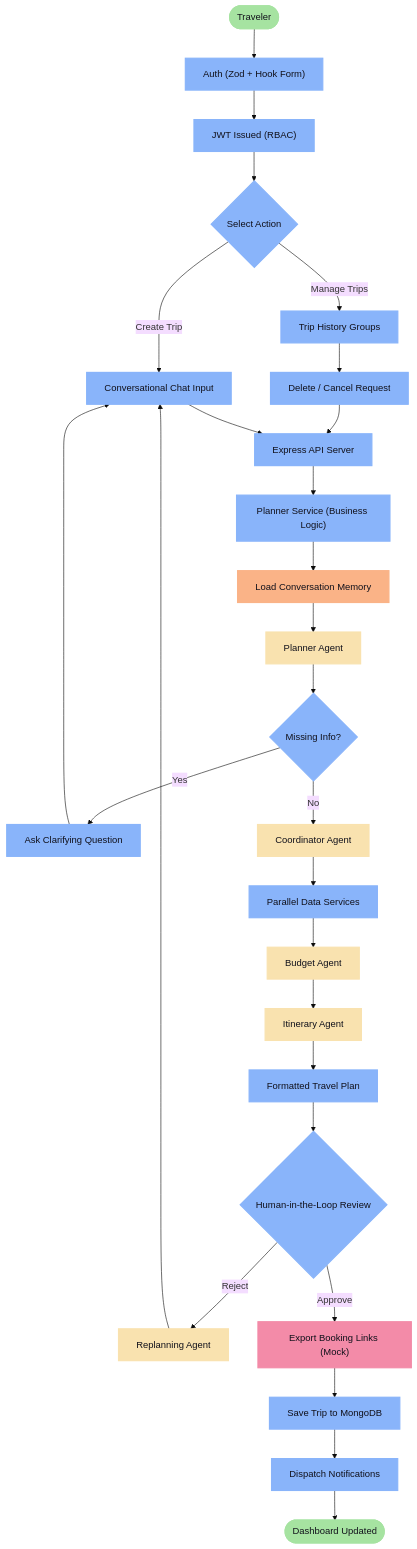
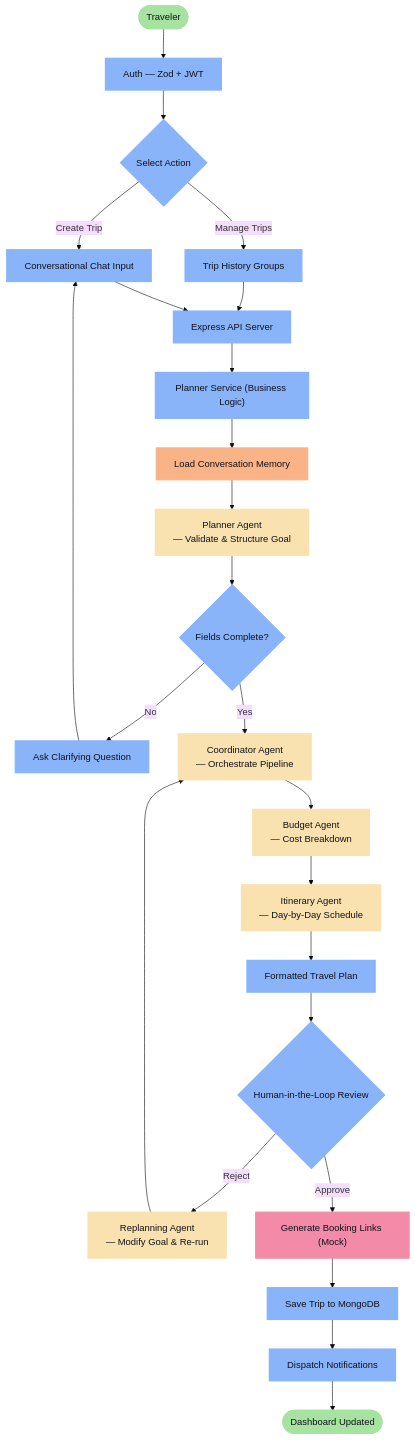
One commit to Dhayananth1511/AI-Travel-Planner_CapStoneProject_Presidio_InternShip changed the first of 5 diagrams in README.md. Above: the diagram before and after it, drawn with Mermaid (base theme). The commit also changed other lines of this file, not shown here.

Commit message:
Flow chart updated

````diff
--- a/README.md
+++ b/README.md
@@ -80,42 +166,38 @@
 ```mermaid
 graph TD
     classDef startEnd fill:#a6e3a1,stroke:#a6e3a1,stroke-width:2px,color:#11111b;
     classDef process fill:#89b4fa,stroke:#89b4fa,stroke-width:2px,color:#11111b;
     classDef agent fill:#f9e2af,stroke:#f9e2af,stroke-width:2px,color:#11111b;
     classDef cache fill:#fab387,stroke:#fab387,stroke-width:2px,color:#11111b;
     classDef mock fill:#f38ba8,stroke:#f38ba8,stroke-width:2px,color:#11111b;
 
-    Traveler([Traveler]):::startEnd --> Auth["Auth (Zod + Hook Form)"]:::process
-    Auth --> JWTIssue["JWT Issued (RBAC)"]:::process
-    JWTIssue --> Dashboard{"Select Action"}:::process
+    Traveler([Traveler]):::startEnd --> Auth["Auth — Zod + JWT"]:::process
+    Auth --> Dashboard{"Select Action"}:::process
 
     Dashboard -->|Create Trip| Chat["Conversational Chat Input"]:::process
     Dashboard -->|Manage Trips| History["Trip History Groups"]:::process
-
-    History --> DeleteReq["Delete / Cancel Request"]:::process
-    DeleteReq --> API["Express API Server"]:::process
+    History --> API["Express API Server"]:::process
 
     Chat --> API
     API --> PlannerService["Planner Service (Business Logic)"]:::process
     PlannerService --> LoadMem["Load Conversation Memory"]:::cache
-    LoadMem --> PlannerAgent["Planner Agent"]:::agent
+    LoadMem --> PlannerAgent["Planner Agent\n— Validate & Structure Goal"]:::agent
 
-    PlannerAgent --> MissingCheck{"Missing Info?"}:::process
-    MissingCheck -->|Yes| Clarify["Ask Clarifying Question"]:::process
+    PlannerAgent --> MissingCheck{"Fields Complete?"}:::process
+    MissingCheck -->|No| Clarify["Ask Clarifying Question"]:::process
     Clarify --> Chat
-    MissingCheck -->|No| Coordinator["Coordinator Agent"]:::agent
+    MissingCheck -->|Yes| Coordinator["Coordinator Agent\n— Orchestrate Pipeline"]:::agent
 
-    Coordinator --> DataGather["Parallel Data Services"]:::process
-    DataGather --> BudgetAgent["Budget Agent"]:::agent
-    BudgetAgent --> ItinAgent["Itinerary Agent"]:::agent
-    ItinAgent --> FormattedPlan["Formatted Travel Plan"]:::process
+    Coordinator --> BudgetAgent["Budget Agent\n— Cost Breakdown"]:::agent
+    BudgetAgent --> ItinAgent["Itinerary Agent\n— Day-by-Day Schedule"]:::agent
+    ItinAgent --> FinalPlan["Formatted Travel Plan"]:::process
 
-    FormattedPlan --> HITL{"Human-in-the-Loop Review"}:::process
-    HITL -->|Reject| ReplanAgent["Replanning Agent"]:::agent
-    ReplanAgent --> Chat
+    FinalPlan --> HITL{"Human-in-the-Loop Review"}:::process
+    HITL -->|Reject| ReplanAgent["Replanning Agent\n— Modify Goal & Re-run"]:::agent
+    ReplanAgent --> Coordinator
 
-    HITL -->|Approve| MockBooking["Export Booking Links (Mock)"]:::mock
-    MockBooking --> SaveDB["Save Trip to MongoDB"]:::process
+    HITL -->|Approve| BookLinks["Generate Booking Links (Mock)"]:::mock
+    BookLinks --> SaveDB["Save Trip to MongoDB"]:::process
     SaveDB --> Notify["Dispatch Notifications"]:::process
     Notify --> Done([Dashboard Updated]):::startEnd
 ```
````
